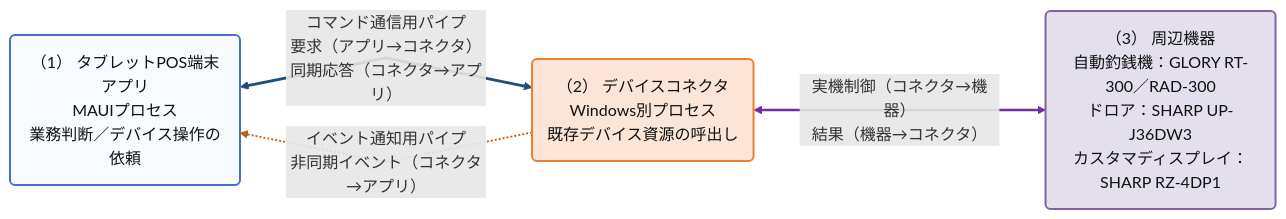
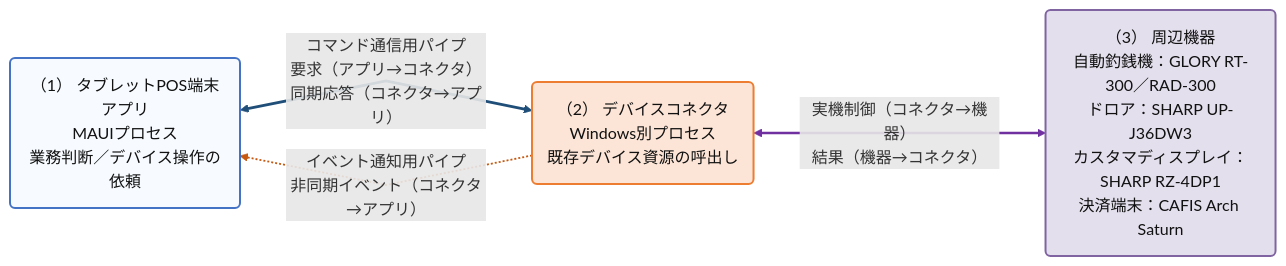
One commit to vti-sam/smj-ks-pos-stored changed the first of 3 diagrams in artifacts/reports/architecture/ARCH-HOST-01_タブレットPOS_デバイスコネクタ基本設計書/ARCH-HOST-01_タブレットPOS_デバイスコネクタ基本設計書.md. Above: the diagram before and after it, drawn with Mermaid. The commit also changed other lines of this file and 30 other files, not shown here.

````diff
--- a/artifacts/reports/architecture/ARCH-HOST-01_タブレットPOS_デバイスコネクタ基本設計書/ARCH-HOST-01_タブレットPOS_デバイスコネクタ基本設計書.md
+++ b/artifacts/reports/architecture/ARCH-HOST-01_タブレットPOS_デバイスコネクタ基本設計書/ARCH-HOST-01_タブレットPOS_デバイスコネクタ基本設計書.md
@@ -222,20 +231,20 @@
 ```mermaid
 %%{init: {"flowchart": {"defaultRenderer": "dagre", "curve": "linear", "nodeSpacing": 54, "rankSpacing": 92}}}%%
 flowchart LR
     APP("（1） タブレットPOS端末アプリ<br/>MAUIプロセス<br/>業務判断／デバイス操作の依頼")
     HOST("（2） デバイスコネクタ<br/>Windows別プロセス<br/>既存デバイス資源の呼出し")
-    DEVICE("（3） 周辺機器<br/>自動釣銭機：GLORY RT-300／RAD-300<br/>ドロア：SHARP UP-J36DW3<br/>カスタマディスプレイ：SHARP RZ-4DP1")
+    DEVICE("（3） 周辺機器<br/>自動釣銭機：GLORY RT-300／RAD-300<br/>ドロア：SHARP UP-J36DW3<br/>カスタマディスプレイ：SHARP RZ-4DP1<br/>決済端末：CAFIS Arch Saturn")
 
     APP <-->|コマンド通信用パイプ<br/>要求（アプリ→コネクタ）<br/>同期応答（コネクタ→アプリ）| HOST
     HOST -.->|イベント通知用パイプ<br/>非同期イベント（コネクタ→アプリ）| APP
     HOST <-->|実機制御（コネクタ→機器）<br/>結果（機器→コネクタ）| DEVICE
 
     classDef area fill:#F8FBFD,stroke:#0D32B2,stroke-width:2px,color:#111111
     class APP,HOST,DEVICE area
     style APP fill:#F7FBFF,stroke:#4472C4
     style HOST fill:#FCE4D6,stroke:#ED7D31
     style DEVICE fill:#E4DFEC,stroke:#8064A2
     linkStyle 0 stroke:#1F4E79,stroke-width:2.8px
     linkStyle 1 stroke:#C65911,stroke-width:1.8px
     linkStyle 2 stroke:#7030A0,stroke-width:2.4px
 ```
````
